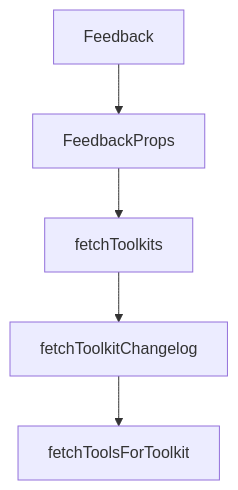
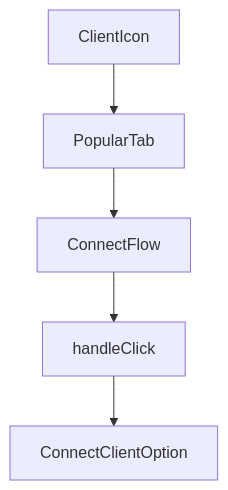
The diagram in tutorials/composio-tutorial/02-sessions-meta-tools-and-user-scoping.md (johnxie/awesome-code-docs), drawn with Mermaid before and after one commit. The commit also changed other lines of this file and 1232 other files, not shown here.

````diff
--- a/tutorials/composio-tutorial/02-sessions-meta-tools-and-user-scoping.md
+++ b/tutorials/composio-tutorial/02-sessions-meta-tools-and-user-scoping.md
@@ -221,12 +219,12 @@
 ```mermaid
 flowchart TD
-    A[Feedback]
-    B[FeedbackProps]
-    C[fetchToolkits]
-    D[fetchToolkitChangelog]
-    E[fetchToolsForToolkit]
+    A[ClientIcon]
+    B[PopularTab]
+    C[ConnectFlow]
+    D[handleClick]
+    E[ConnectClientOption]
     A --> B
     B --> C
     C --> D
     D --> E
 ```
````
